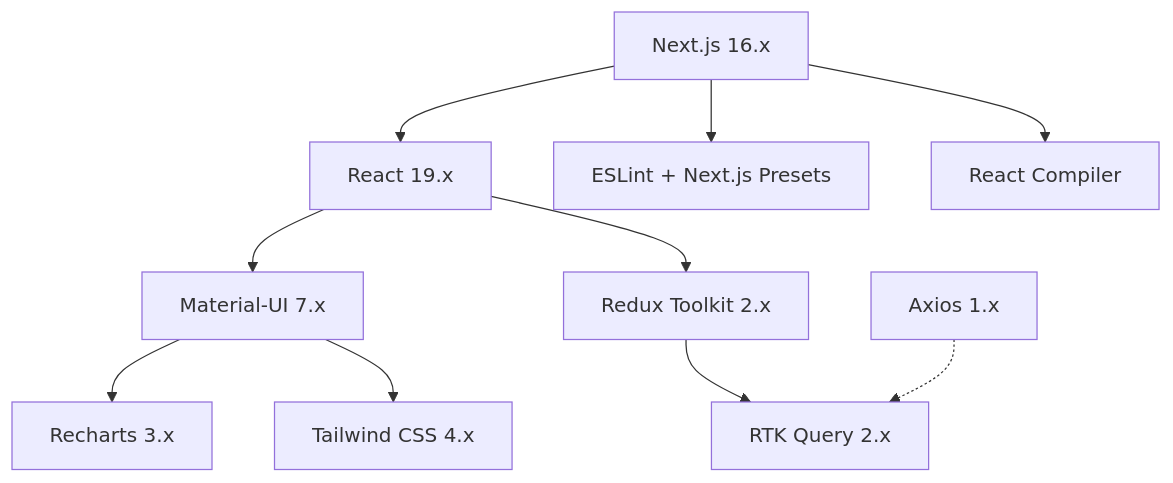
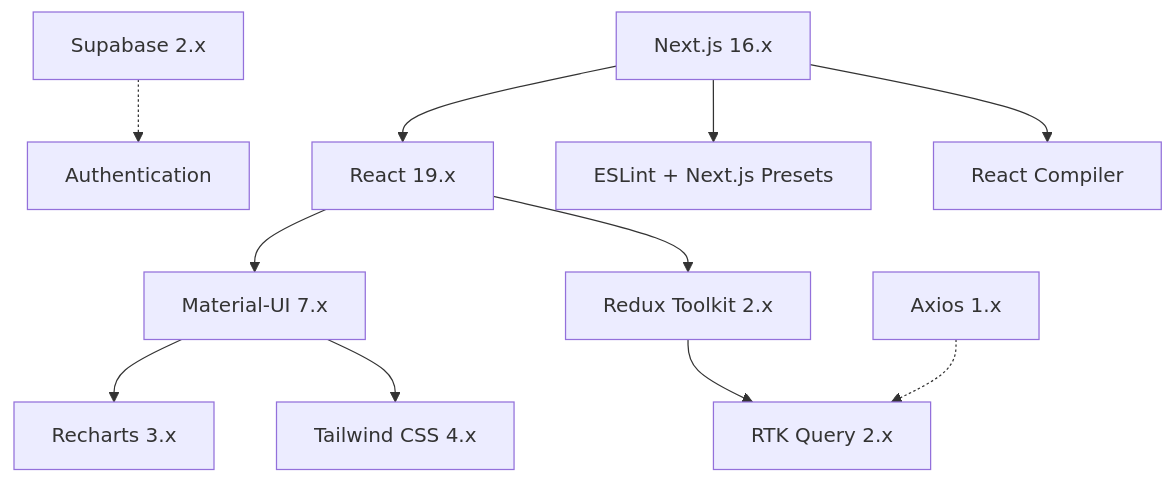
The tenth of 10 diagrams in .qoder/repowiki/en/content/Project Overview/Technology Stack.md (cacamarica/dashboard-ai), drawn with Mermaid before and after one commit. The commit also changed other lines of this file and 14 other files, not shown here.

````diff
--- a/.qoder/repowiki/en/content/Project Overview/Technology Stack.md
+++ b/.qoder/repowiki/en/content/Project Overview/Technology Stack.md
@@ -376,12 +417,13 @@
 ```mermaid
 graph TB
 REACT["React 19.x"] --> MUI["Material-UI 7.x"]
 REACT --> REDUX["Redux Toolkit 2.x"]
 REDUX --> RTKQ["RTK Query 2.x"]
 MUI --> CHARTS["Recharts 3.x"]
 MUI --> TAILWIND["Tailwind CSS 4.x"]
+SUPABASE["Supabase 2.x"] -.-> AUTH["Authentication"]
 AXIOS["Axios 1.x"] -.-> RTKQ
 NEXT["Next.js 16.x"] --> REACT
 NEXT --> ESLINT["ESLint + Next.js Presets"]
 NEXT --> COMPILER["React Compiler"]
 ```
````
